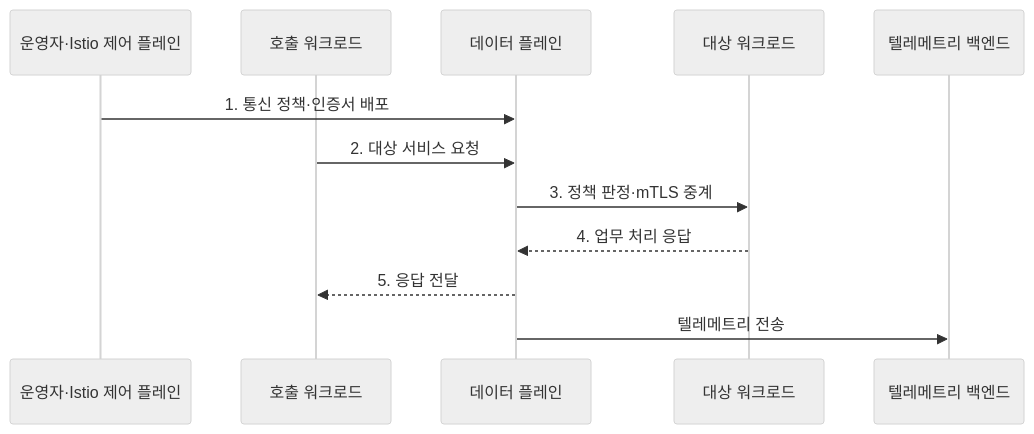
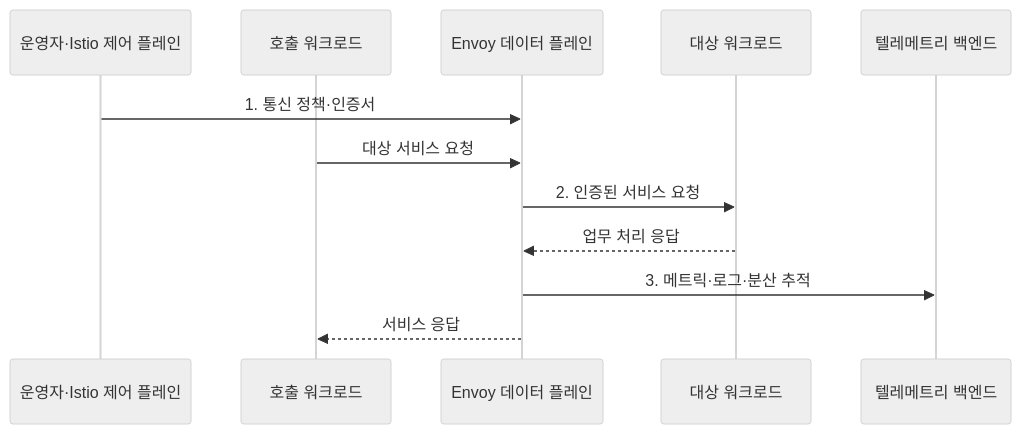
One commit to agnusdei1207/knowledge-base changed the second of 2 diagrams in src/content/docs/notes/03-software/042_service_mesh.md. Above: the diagram before and after it, drawn with Mermaid (neutral theme). The commit also changed other lines of this file and 20 other files, not shown here.

````diff
--- a/src/content/docs/notes/03-software/042_service_mesh.md
+++ b/src/content/docs/notes/03-software/042_service_mesh.md
@@ -95,14 +94,14 @@
 ```mermaid
 sequenceDiagram
     participant O as 운영자·Istio 제어 플레인
     participant W as 호출 워크로드
-    participant D as 데이터 플레인
+    participant D as Envoy 데이터 플레인
     participant S as 대상 워크로드
     participant T as 텔레메트리 백엔드
-    O->>D: 1. 통신 정책·인증서 배포
-    W->>D: 2. 대상 서비스 요청
-    D->>S: 3. 정책 판정·mTLS 중계
-    S-->>D: 4. 업무 처리 응답
-    D-->>W: 5. 응답 전달
-    D->>T: 텔레메트리 전송
+    O->>D: 1. 통신 정책·인증서
+    W->>D: 대상 서비스 요청
+    D->>S: 2. 인증된 서비스 요청
+    S-->>D: 업무 처리 응답
+    D->>T: 3. 메트릭·로그·분산 추적
+    D-->>W: 서비스 응답
 ```
````
